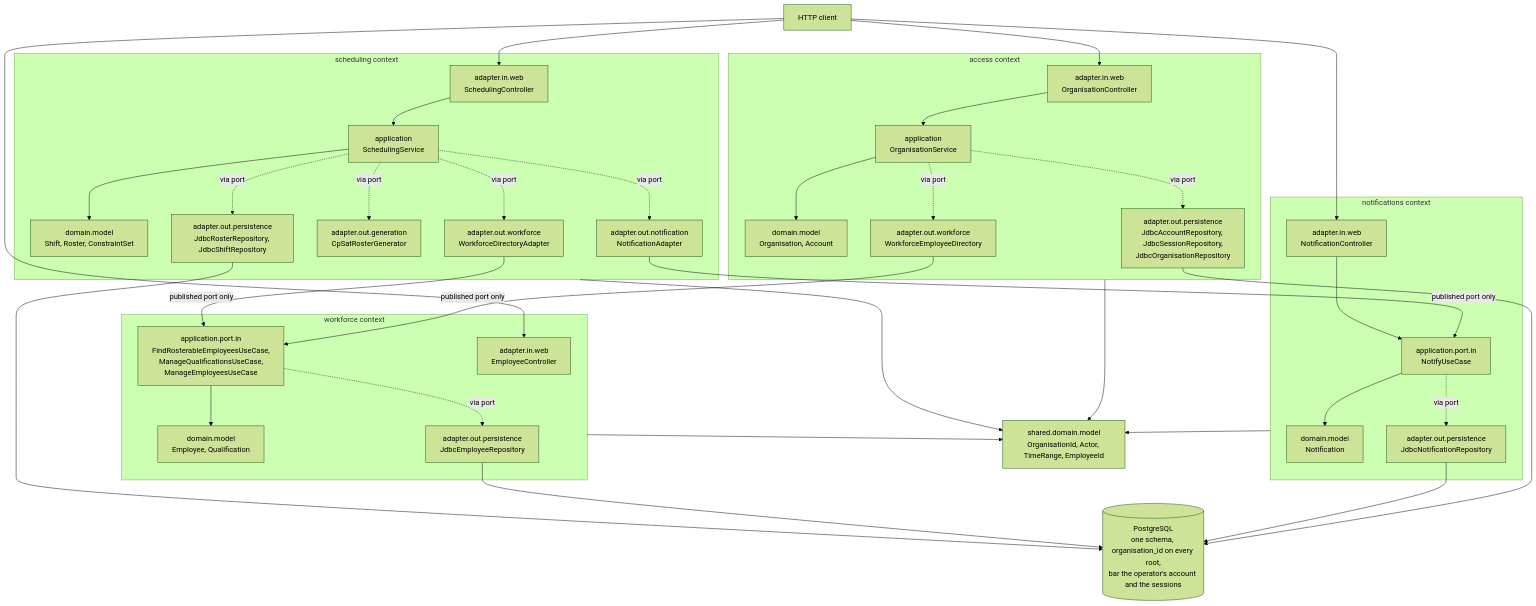
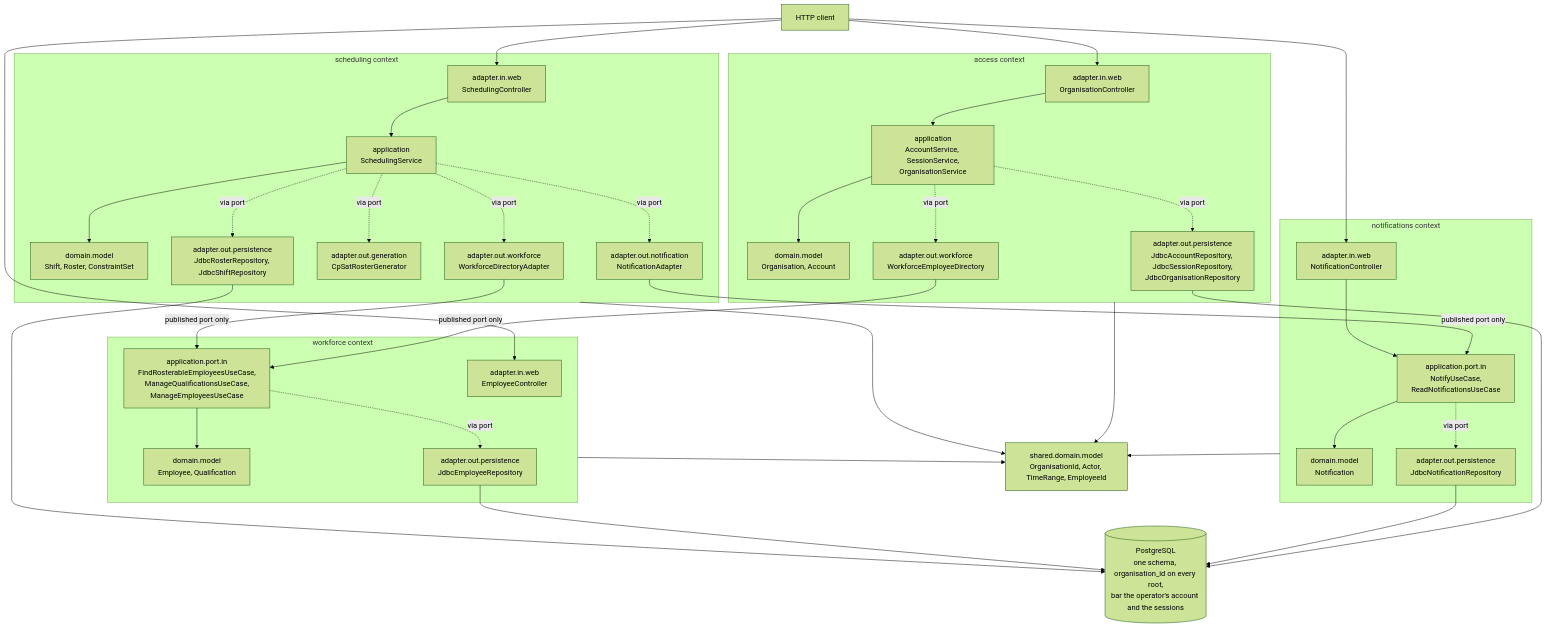
The first of 3 diagrams in docs/architecture/architecture.md (NaimElijah/HrSched), drawn with Mermaid (forest theme) before and after one commit. The commit also changed other lines of this file and 1 other file, not shown here.

Commit message:
docs(architecture): fix two diagram labels and the kernel row
Label the access and notification application nodes with the
classes that make the calls drawn, credit each kernel access check
to the ADR that decided it, and bring the README's statement of
the domain's imports into line with architecture.md.

Refs #253

````diff
--- a/docs/architecture/architecture.md
+++ b/docs/architecture/architecture.md
@@ -33,70 +33,70 @@
 ```mermaid
 flowchart TB
     client[HTTP client]
 
     subgraph scheduling [scheduling context]
         schedWeb["adapter.in.web<br/>SchedulingController"]
         schedApp["application<br/>SchedulingService"]
         schedDom["domain.model<br/>Shift, Roster, ConstraintSet"]
         acl["adapter.out.workforce<br/>WorkforceDirectoryAdapter"]
         gen["adapter.out.generation<br/>CpSatRosterGenerator"]
         ntfAcl["adapter.out.notification<br/>NotificationAdapter"]
         schedStore["adapter.out.persistence<br/>JdbcRosterRepository, JdbcShiftRepository"]
     end
 
     subgraph workforce [workforce context]
         wfWeb["adapter.in.web<br/>EmployeeController"]
         wfPub["application.port.in<br/>FindRosterableEmployeesUseCase,<br/>ManageQualificationsUseCase,<br/>ManageEmployeesUseCase"]
         wfDom["domain.model<br/>Employee, Qualification"]
         wfStore["adapter.out.persistence<br/>JdbcEmployeeRepository"]
     end
 
     subgraph notifications [notifications context]
         ntfWeb["adapter.in.web<br/>NotificationController"]
-        ntfPub["application.port.in<br/>NotifyUseCase"]
+        ntfPub["application.port.in<br/>NotifyUseCase,<br/>ReadNotificationsUseCase"]
         ntfDom["domain.model<br/>Notification"]
         ntfStore["adapter.out.persistence<br/>JdbcNotificationRepository"]
     end
 
     subgraph access [access context]
         accWeb["adapter.in.web<br/>OrganisationController"]
-        accApp["application<br/>OrganisationService"]
+        accApp["application<br/>AccountService, SessionService,<br/>OrganisationService"]
         accDom["domain.model<br/>Organisation, Account"]
         accWf["adapter.out.workforce<br/>WorkforceEmployeeDirectory"]
         accStore["adapter.out.persistence<br/>JdbcAccountRepository, JdbcSessionRepository,<br/>JdbcOrganisationRepository"]
     end
 
     kernel["shared.domain.model<br/>OrganisationId, Actor, TimeRange, EmployeeId"]
     db[("PostgreSQL<br/>one schema, organisation_id on every root,<br/>bar the operator's account and the sessions")]
 
     client --> schedWeb
     client --> wfWeb
     client --> accWeb
     client --> ntfWeb
     ntfWeb --> ntfPub
     ntfPub --> ntfDom
     notifications --> kernel
     accWeb --> accApp
     accApp --> accDom
     schedWeb --> schedApp
     schedApp --> schedDom
     schedApp -.via port.-> acl
     schedApp -.via port.-> gen
     schedApp -.via port.-> ntfAcl
     acl -->|published port only| wfPub
     ntfAcl -->|published port only| ntfPub
     accApp -.via port.-> accWf
     accWf -->|published port only| wfPub
     wfPub --> wfDom
     scheduling --> kernel
     workforce --> kernel
     access --> kernel
     schedApp -.via port.-> schedStore
     wfPub -.via port.-> wfStore
     ntfPub -.via port.-> ntfStore
     accApp -.via port.-> accStore
     schedStore --> db
     wfStore --> db
     ntfStore --> db
     accStore --> db
 ```
````
